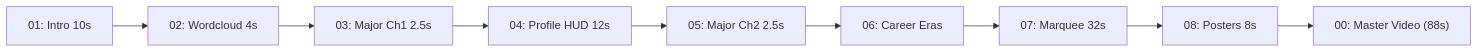
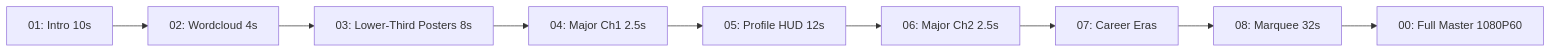
One commit to YoungG97/nba-animation-effects changed the first of 2 diagrams in README.md. Above: the diagram before and after it, drawn with Mermaid. The commit also changed other lines of this file and 2 other files, not shown here.

````diff
--- a/README.md
+++ b/README.md
@@ -53,11 +49,11 @@
 ```mermaid
 flowchart LR
     Intro["01: Intro 10s"] --> WC["02: Wordcloud 4s"]
-    WC --> Ch1["03: Major Ch1 2.5s"]
-    Ch1 --> HUD["04: Profile HUD 12s"]
-    HUD --> Ch2["05: Major Ch2 2.5s"]
-    Ch2 --> Eras["06: Career Eras"]
-    Eras --> Marquee["07: Marquee 32s"]
-    Marquee --> Posters["08: Posters 8s"]
-    Posters --> Master["00: Master Video (88s)"]
+    WC --> Posters["03: Lower-Third Posters 8s"]
+    Posters --> Ch1["04: Major Ch1 2.5s"]
+    Ch1 --> HUD["05: Profile HUD 12s"]
+    HUD --> Ch2["06: Major Ch2 2.5s"]
+    Ch2 --> Eras["07: Career Eras"]
+    Eras --> Marquee["08: Marquee 32s"]
+    Marquee --> Master["00: Full Master 1080P60"]
 ```
````
